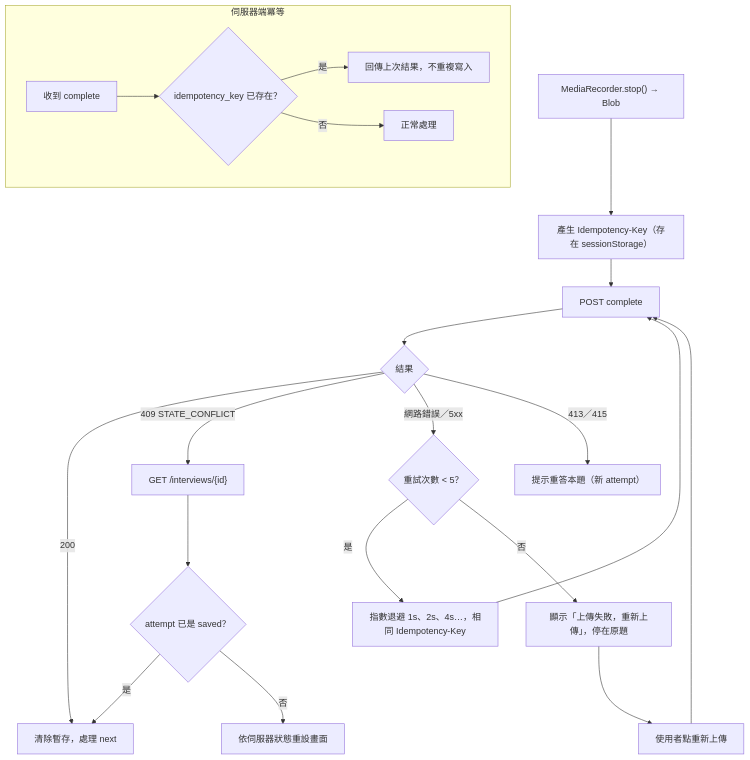
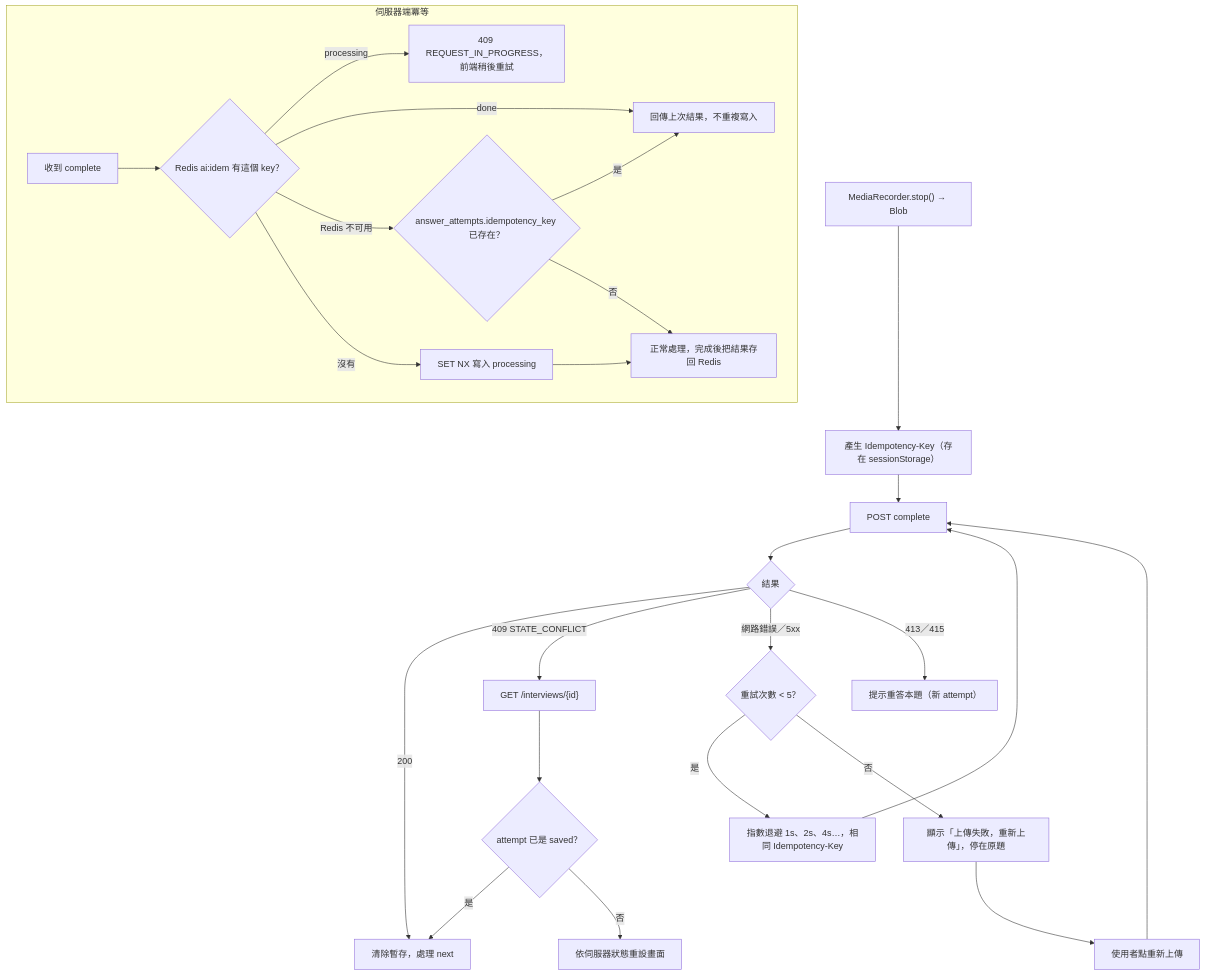
Diagram 18 of 28 in spec/flows.md (WilliamTsai1227/AI_Interview), drawn with Mermaid before and after one commit. The commit also changed other lines of this file and 3 other files, not shown here.

````diff
--- a/spec/flows.md
+++ b/spec/flows.md
@@ -539,22 +547,27 @@
 ```mermaid
 flowchart TD
     A["MediaRecorder.stop() → Blob"] --> B["產生 Idempotency-Key（存在 sessionStorage）"]
     B --> C["POST complete"]
     C --> D{"結果"}
     D -- 200 --> E["清除暫存，處理 next"]
     D -->|"409 STATE_CONFLICT"| F["GET /interviews/{id}"]
     F --> F1{"attempt 已是 saved？"}
     F1 -- 是 --> E
     F1 -- 否 --> G["依伺服器狀態重設畫面"]
     D -->|"網路錯誤／5xx"| H{"重試次數 < 5？"}
     H -- 是 --> I["指數退避 1s、2s、4s…，相同 Idempotency-Key"] --> C
     H -- 否 --> J["顯示「上傳失敗，重新上傳」，停在原題"]
     J --> K["使用者點重新上傳"] --> C
     D -->|"413／415"| L["提示重答本題（新 attempt）"]
 
     subgraph 伺服器端冪等
-        S1["收到 complete"] --> S2{"idempotency_key 已存在？"}
-        S2 -- 是 --> S3["回傳上次結果，不重複寫入"]
-        S2 -- 否 --> S4["正常處理"]
+        S1["收到 complete"] --> S2{"Redis ai:idem 有這個 key？"}
+        S2 -->|"done"| S3["回傳上次結果，不重複寫入"]
+        S2 -->|"processing"| S5["409 REQUEST_IN_PROGRESS，前端稍後重試"]
+        S2 -->|"沒有"| S6["SET NX 寫入 processing"]
+        S2 -->|"Redis 不可用"| S7{"answer_attempts.idempotency_key 已存在？"}
+        S7 -- 是 --> S3
+        S7 -- 否 --> S4
+        S6 --> S4["正常處理，完成後把結果存回 Redis"]
     end
 ```
````
